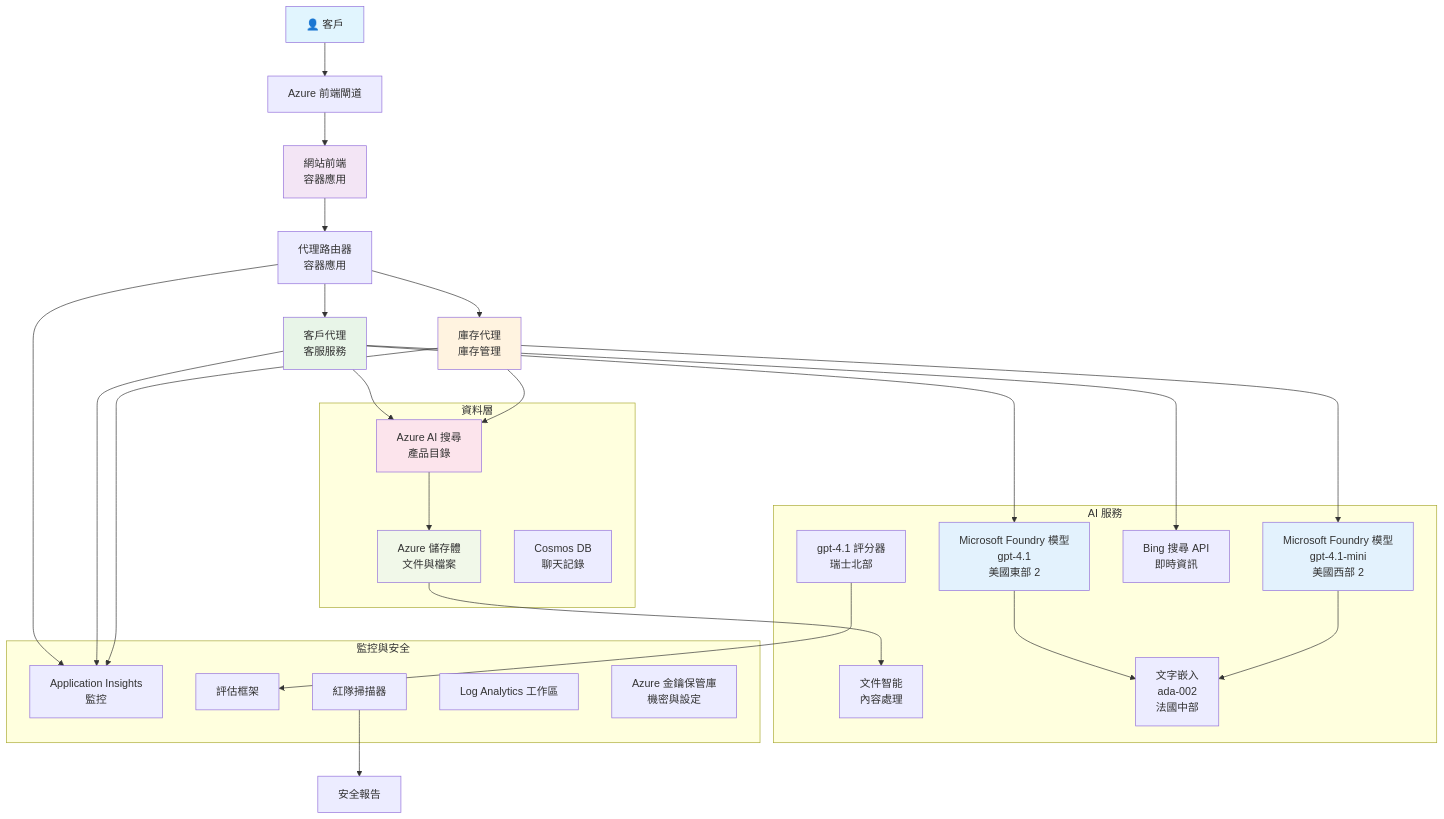
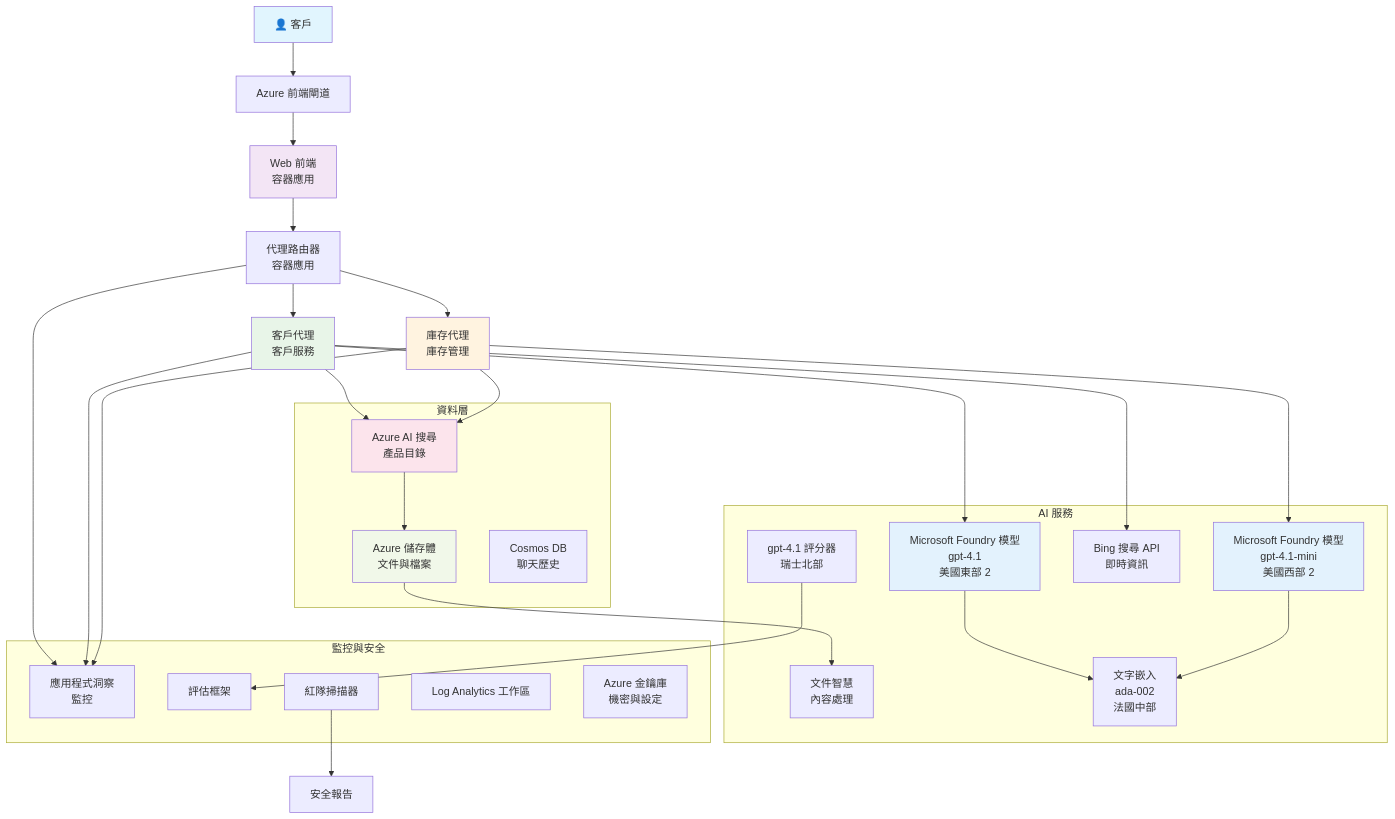
The diagram in translations/zh-TW/examples/retail-scenario.md (microsoft/AZD-for-beginners), drawn with Mermaid before and after one commit. The commit also changed other lines of this file and 104 other files, not shown here.

````diff
--- a/translations/zh-TW/examples/retail-scenario.md
+++ b/translations/zh-TW/examples/retail-scenario.md
@@ -139,61 +139,61 @@
 ```mermaid
 graph TB
     User[👤 客戶] --> LB[Azure 前端閘道]
-    LB --> WebApp[網站前端<br/>容器應用]
+    LB --> WebApp[Web 前端<br/>容器應用]
     
     WebApp --> Router[代理路由器<br/>容器應用]
-    Router --> CustomerAgent[客戶代理<br/>客服服務]
+    Router --> CustomerAgent[客戶代理<br/>客戶服務]
     Router --> InvAgent[庫存代理<br/>庫存管理]
     
     CustomerAgent --> OpenAI1[Microsoft Foundry 模型<br/>gpt-4.1<br/>美國東部 2]
     InvAgent --> OpenAI2[Microsoft Foundry 模型<br/>gpt-4.1-mini<br/>美國西部 2]
     
     CustomerAgent --> AISearch[Azure AI 搜尋<br/>產品目錄]
     CustomerAgent --> BingSearch[Bing 搜尋 API<br/>即時資訊]
     InvAgent --> AISearch
     
     AISearch --> Storage[Azure 儲存體<br/>文件與檔案]
-    Storage --> DocIntel[文件智能<br/>內容處理]
+    Storage --> DocIntel[文件智慧<br/>內容處理]
     
     OpenAI1 --> Embeddings[文字嵌入<br/>ada-002<br/>法國中部]
     OpenAI2 --> Embeddings
     
-    Router --> AppInsights[Application Insights<br/>監控]
+    Router --> AppInsights[應用程式洞察<br/>監控]
     CustomerAgent --> AppInsights
     InvAgent --> AppInsights
     
     GraderModel[gpt-4.1 評分器<br/>瑞士北部] --> Evaluation[評估框架]
     RedTeam[紅隊掃描器] --> SecurityReports[安全報告]
     
     subgraph "資料層"
         Storage
         AISearch
-        CosmosDB[Cosmos DB<br/>聊天記錄]
+        CosmosDB[Cosmos DB<br/>聊天歷史]
     end
     
     subgraph "AI 服務"
         OpenAI1
         OpenAI2
         Embeddings
         GraderModel
         DocIntel
         BingSearch
     end
     
     subgraph "監控與安全"
         AppInsights
         LogAnalytics[Log Analytics 工作區]
-        KeyVault[Azure 金鑰保管庫<br/>機密與設定]
+        KeyVault[Azure 金鑰庫<br/>機密與設定]
         RedTeam
         Evaluation
     end
     
     style User fill:#e1f5fe
     style WebApp fill:#f3e5f5
     style CustomerAgent fill:#e8f5e8
     style InvAgent fill:#fff3e0
     style OpenAI1 fill:#e3f2fd
     style OpenAI2 fill:#e3f2fd
     style AISearch fill:#fce4ec
     style Storage fill:#f1f8e9
 ```
````
